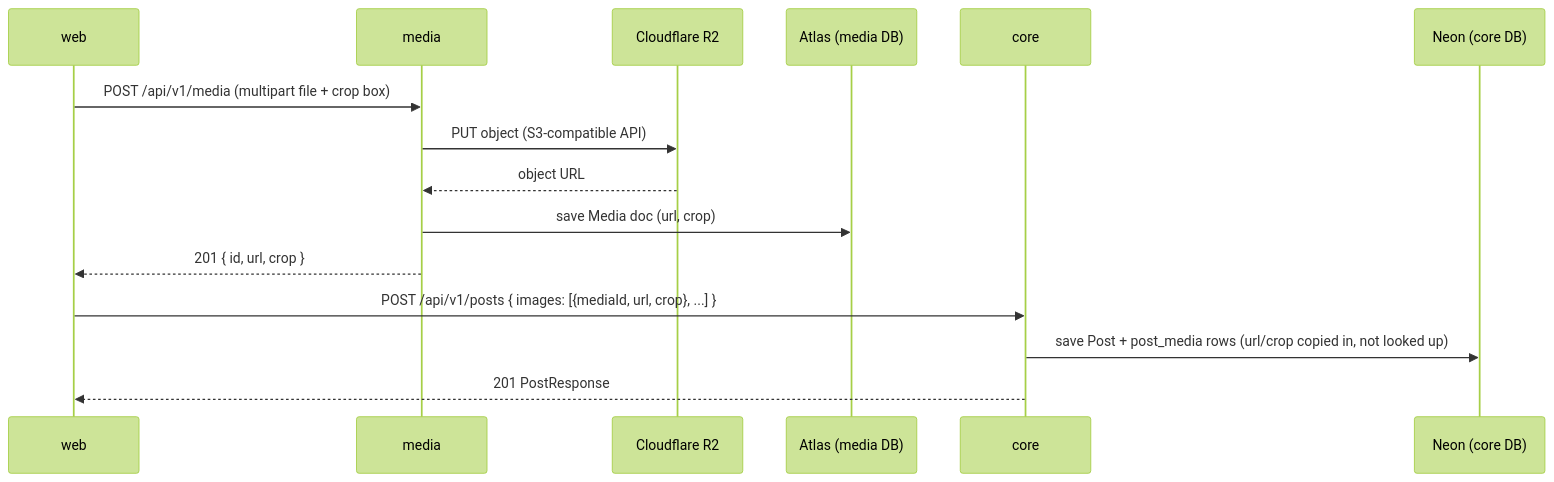
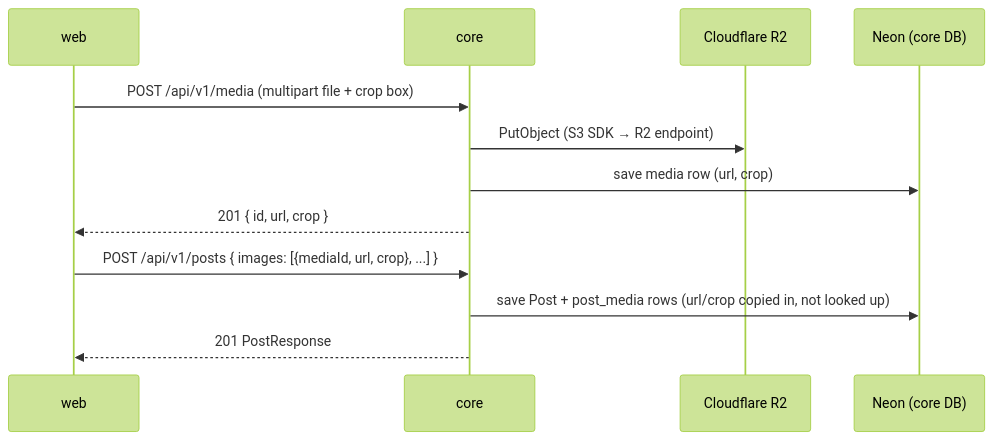
The fifth of 8 diagrams in docs/tech/architecture-flows.md (hdang-dev/dannest), drawn with Mermaid (forest theme) before and after one commit. The commit also changed other lines of this file and 56 other files, not shown here.

````diff
--- a/docs/tech/architecture-flows.md
+++ b/docs/tech/architecture-flows.md
@@ -256,18 +236,15 @@
 ```mermaid
 sequenceDiagram
     participant W as web
-    participant M as media
+    participant C as core
     participant R2 as Cloudflare R2
-    participant DB2 as Atlas (media DB)
-    participant C as core
     participant DB1 as Neon (core DB)
 
-    W->>M: POST /api/v1/media (multipart file + crop box)
-    M->>R2: PUT object (S3-compatible API)
-    R2-->>M: object URL
-    M->>DB2: save Media doc (url, crop)
-    M-->>W: 201 { id, url, crop }
+    W->>C: POST /api/v1/media (multipart file + crop box)
+    C->>R2: PutObject (S3 SDK → R2 endpoint)
+    C->>DB1: save media row (url, crop)
+    C-->>W: 201 { id, url, crop }
     W->>C: POST /api/v1/posts { images: [{mediaId, url, crop}, ...] }
     C->>DB1: save Post + post_media rows (url/crop copied in, not looked up)
     C-->>W: 201 PostResponse
 ```
````
